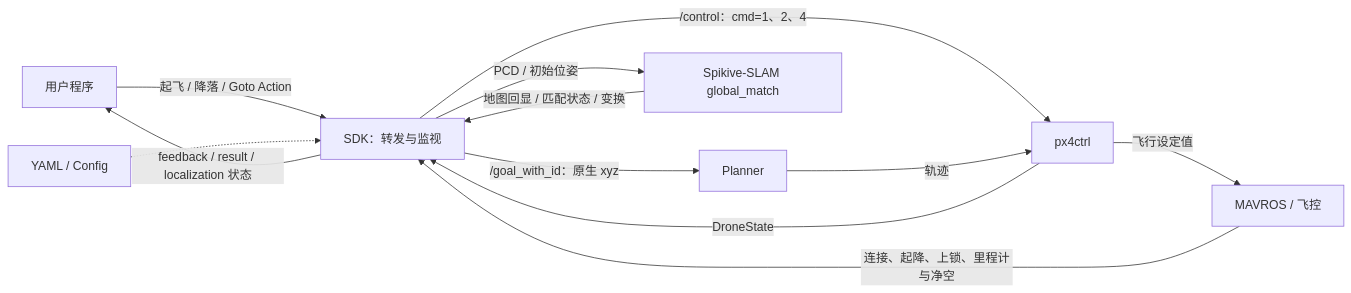
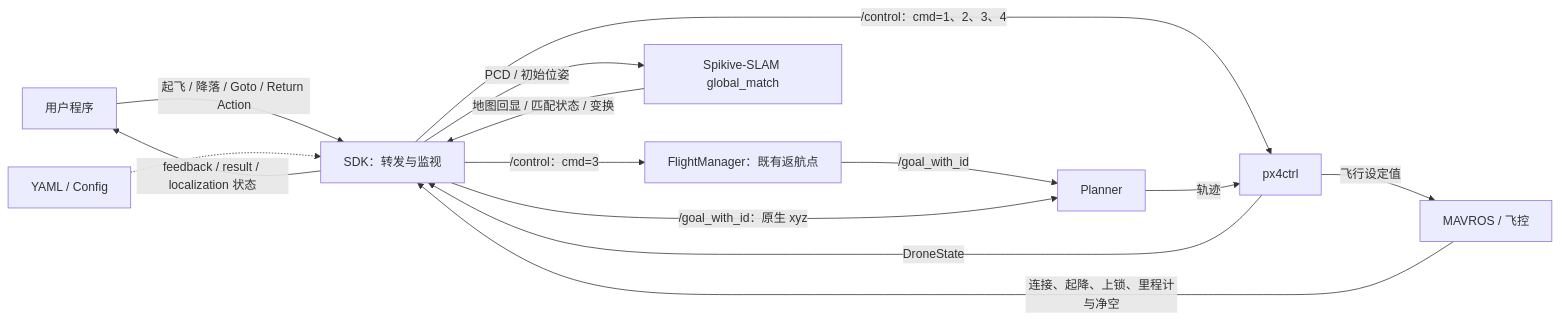
The diagram in README.md (QGDuan/Spikive-Control-SDK), drawn with Mermaid before and after one commit. The commit also changed other lines of this file and 12 other files, not shown here.

Commit message:
feat: add return-home action adapter and Chinese CLI guide

````diff
--- a/README.md
+++ b/README.md
@@ -15,14 +15,16 @@
 ```mermaid
 flowchart LR
-  U[用户程序] -->|起飞 / 降落 / Goto Action| S[SDK：转发与监视]
+  U[用户程序] -->|起飞 / 降落 / Goto / Return Action| S[SDK：转发与监视]
   C[YAML / Config] -.-> S
-  S -->|/control：cmd=1、2、4| P[px4ctrl]
-  S -->|/goal_with_id：原生 xyz| G[Planner]
+  S -->|/control：cmd=1、2、3、4| P[px4ctrl]
+  S -->|/control：cmd=3| F[FlightManager：既有返航点]
+  F -->|/goal_with_id| G[Planner]
+  S -->|/goal_with_id：原生 xyz| G
   G -->|轨迹| P
   P -->|飞行设定值| M[MAVROS / 飞控]
   P -->|DroneState| S
   M -->|连接、起降、上锁、里程计与净空| S
   S -->|PCD / 初始位姿| L[Spikive-SLAM global_match]
   L -->|地图回显 / 匹配状态 / 变换| S
   S -->|feedback / result / localization 状态| U
 ```
````
